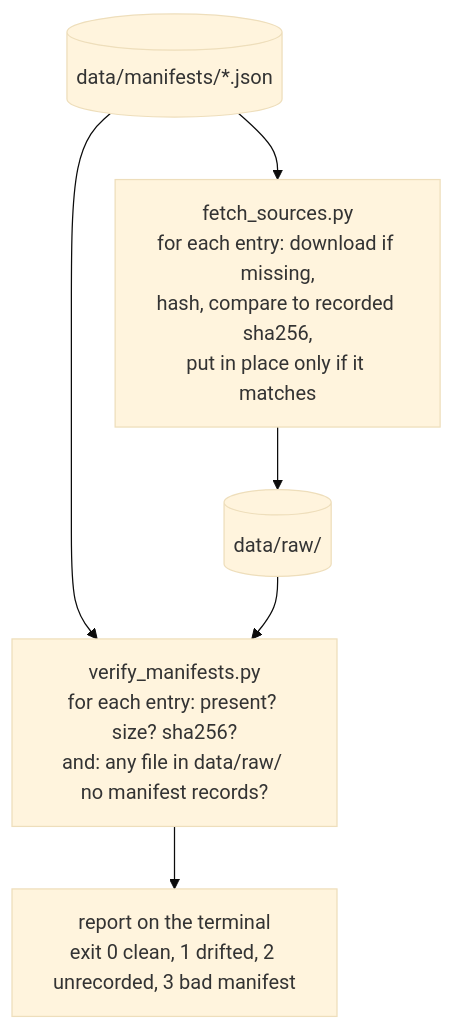
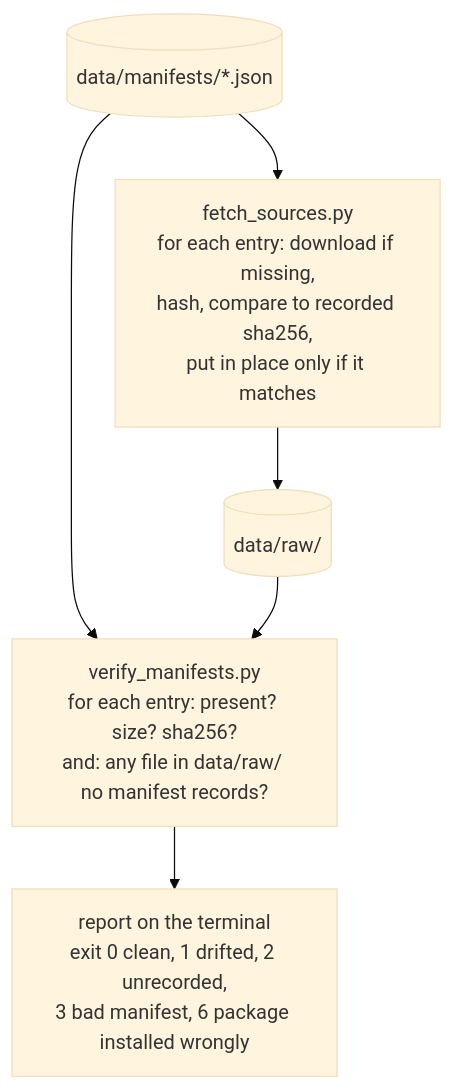
One commit to delos001/study-definition-graph changed the second of 4 diagrams in docs/code_map.md. Above: the diagram before and after it, drawn with Mermaid (base theme). The commit also changed other lines of this file and 2 other files, not shown here.

````diff
--- a/docs/code_map.md
+++ b/docs/code_map.md
@@ -34,14 +34,14 @@
 ```mermaid
 flowchart TD
     manifests[("data/manifests/*.json")]
     fetch["fetch_sources.py<br/>for each entry: download if missing,<br/>hash, compare to recorded sha256,<br/>put in place only if it matches"]
     raw[("data/raw/")]
     verify["verify_manifests.py<br/>for each entry: present? size? sha256?<br/>and: any file in data/raw/ no manifest records?"]
-    report["report on the terminal<br/>exit 0 clean, 1 drifted, 2 unrecorded, 3 bad manifest"]
+    report["report on the terminal<br/>exit 0 clean, 1 drifted, 2 unrecorded,<br/>3 bad manifest, 6 package installed wrongly"]
 
     manifests --> fetch
     fetch --> raw
     manifests --> verify
     raw --> verify
     verify --> report
 ```
````
